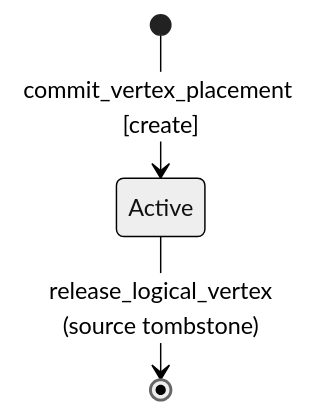
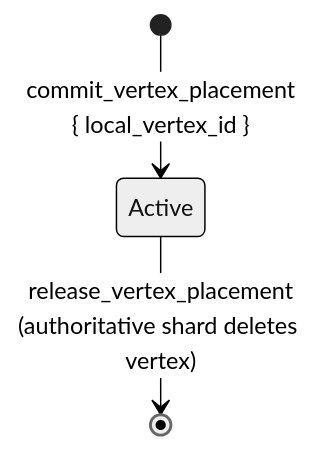
Before and after one commit to perforate-org/gleaph: the second of 2 diagrams in design/federation/model.md, drawn with Mermaid (neutral theme). The commit also changed other lines of this file and 2 other files, not shown here.

First line of the commit message:
docs(federation): sync design contracts for GlobalVertexId and router catalogs

````diff
--- a/design/federation/model.md
+++ b/design/federation/model.md
@@ -41,5 +53,5 @@
 ```mermaid
 stateDiagram-v2
-    [*] --> Active: commit_vertex_placement [create]
-    Active --> [*]: release_logical_vertex<br/>(source tombstone)
+    [*] --> Active: commit_vertex_placement<br/>{ local_vertex_id }
+    Active --> [*]: release_vertex_placement<br/>(authoritative shard deletes vertex)
 ```
````
